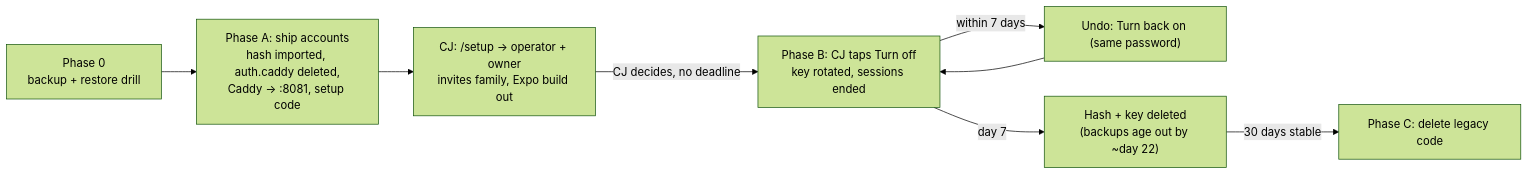
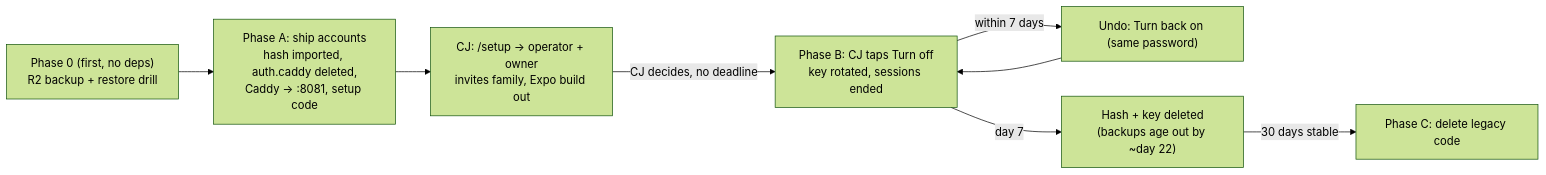
The fifth of 9 diagrams in docs/design/multi-household-staged.md (Rhionin/stockbot), drawn with Mermaid (forest theme) before and after one commit. The commit also changed other lines of this file, not shown here.

Commit message:
docs: amend staged plan for S9 review (Cloudflare Free limits, Phase-0 first, key custody)

````diff
--- a/docs/design/multi-household-staged.md
+++ b/docs/design/multi-household-staged.md
@@ -446,10 +448,10 @@
 ```mermaid
 flowchart LR
-  P0["Phase 0<br/>backup + restore drill"] --> PA["Phase A: ship accounts<br/>hash imported, auth.caddy deleted,<br/>Caddy -> :8081, setup code"]
+  P0["Phase 0 (first, no deps)<br/>R2 backup + restore drill"] --> PA["Phase A: ship accounts<br/>hash imported, auth.caddy deleted,<br/>Caddy -> :8081, setup code"]
   PA --> PS["CJ: /setup -> operator + owner<br/>invites family, Expo build out"]
   PS -->|CJ decides, no deadline| PB["Phase B: CJ taps Turn off<br/>key rotated, sessions ended"]
   PB -->|within 7 days| PR["Undo: Turn back on (same password)"]
   PR --> PB
   PB -->|day 7| PD["Hash + key deleted<br/>(backups age out by ~day 22)"]
   PD -->|30 days stable| PC["Phase C: delete legacy code"]
 ```
````
